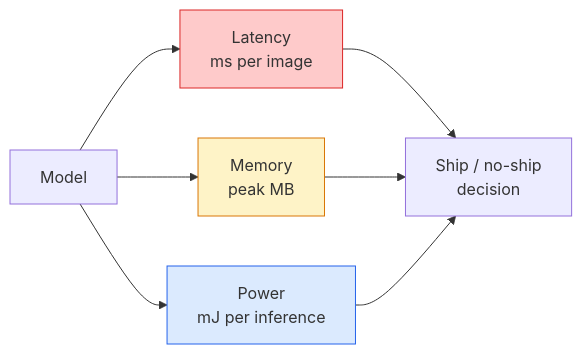
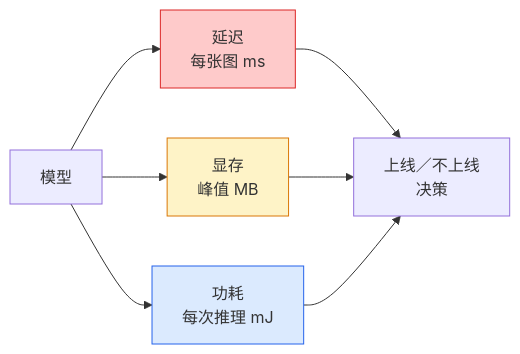
The diagram in phases/04-computer-vision/15-real-time-edge/docs/zh.md (JerryC8080/ai-engineering-from-scratch-zh), drawn with Mermaid before and after one commit. The commit also changed 156 other files, not shown here.

First line of the commit message:
i18n(zh): translate mermaid diagram labels in 157 lesson zh.md

````diff
--- a/phases/04-computer-vision/15-real-time-edge/docs/zh.md
+++ b/phases/04-computer-vision/15-real-time-edge/docs/zh.md
@@ -31,14 +31,14 @@
 ```mermaid
 flowchart LR
-    M["Model"] --> LAT["Latency<br/>ms per image"]
-    M --> MEM["Memory<br/>peak MB"]
-    M --> PWR["Power<br/>mJ per inference"]
+    M["模型"] --> LAT["延迟<br/>每张图 ms"]
+    M --> MEM["显存<br/>峰值 MB"]
+    M --> PWR["功耗<br/>每次推理 mJ"]
 
-    LAT --> SHIP["Ship / no-ship<br/>decision"]
+    LAT --> SHIP["上线／不上线<br/>决策"]
     MEM --> SHIP
     PWR --> SHIP
 
     style LAT fill:#fecaca,stroke:#dc2626
     style MEM fill:#fef3c7,stroke:#d97706
     style PWR fill:#dbeafe,stroke:#2563eb
 ```
````
